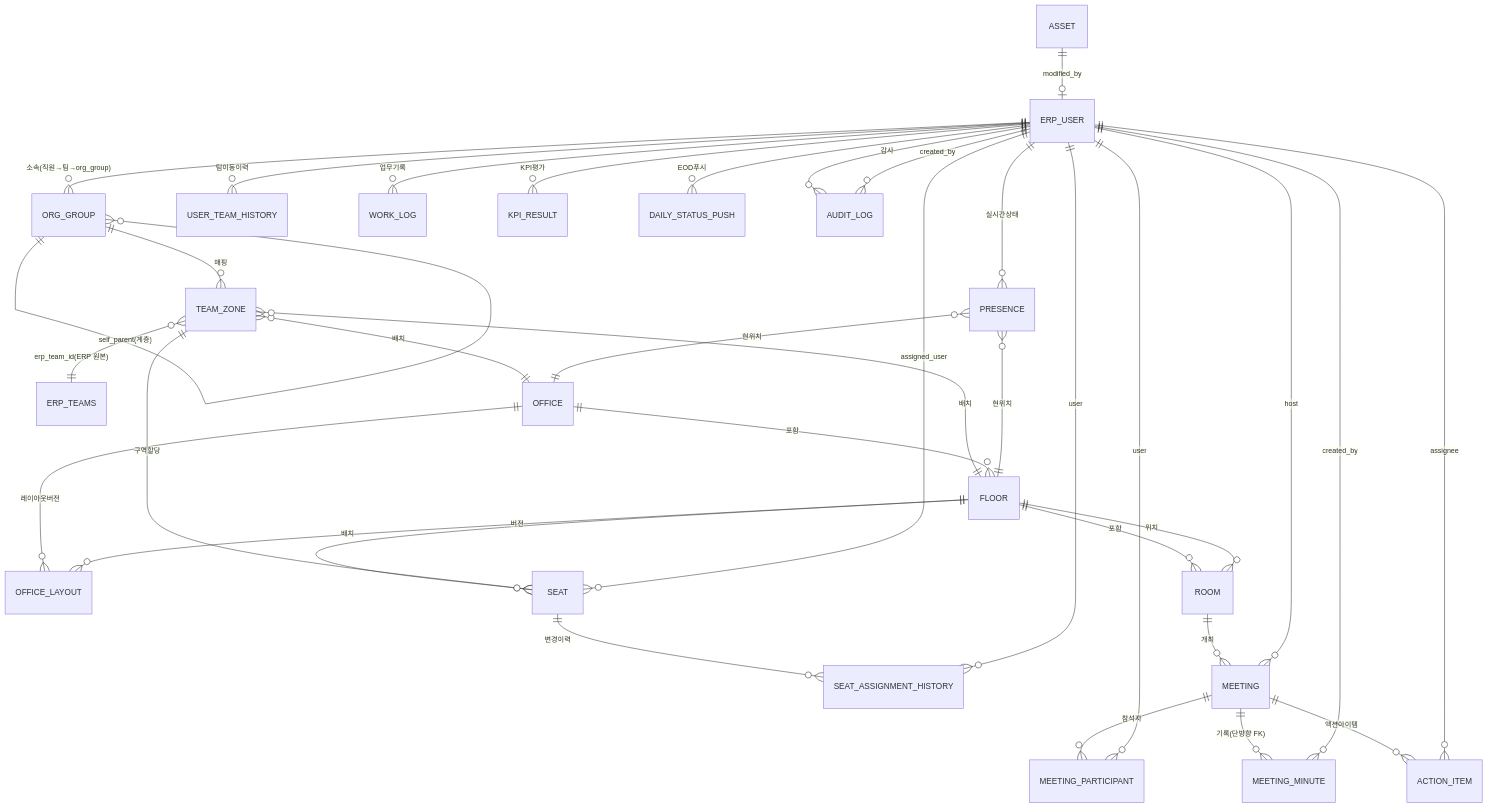
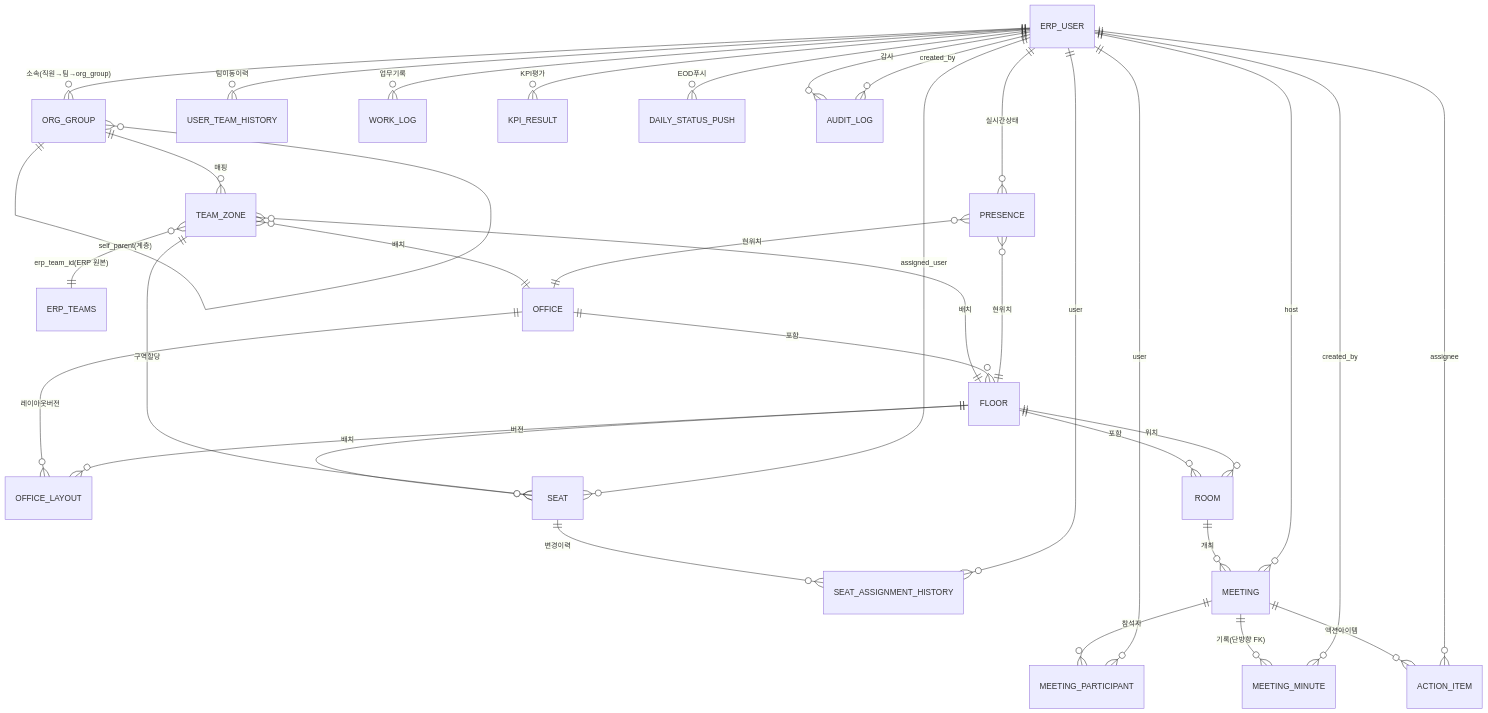
The diagram in docs/planning/04-data-model.md (choiwjun/virtualoffice_new), drawn with Mermaid before and after one commit. The commit also changed other lines of this file and 48 other files, not shown here.

````diff
--- a/docs/planning/04-data-model.md
+++ b/docs/planning/04-data-model.md
@@ -25,37 +25,36 @@
 ```mermaid
 erDiagram
     ERP_USER ||--o{ ORG_GROUP : "소속(직원→팀→org_group)"
     ORG_GROUP ||--o{ ORG_GROUP : "self_parent(계층)"
     ORG_GROUP ||--o{ TEAM_ZONE : "매핑"
     TEAM_ZONE }o--|| ERP_TEAMS : "erp_team_id(ERP 원본)"
     TEAM_ZONE }o--|| OFFICE : "배치"
     TEAM_ZONE }o--|| FLOOR : "배치"
     ERP_USER ||--o{ USER_TEAM_HISTORY : "팀이동이력"
     OFFICE ||--o{ FLOOR : "포함"
     OFFICE ||--o{ OFFICE_LAYOUT : "레이아웃버전"
     FLOOR ||--o{ OFFICE_LAYOUT : "버전"
     FLOOR ||--o{ ROOM : "포함"
     FLOOR ||--o{ SEAT : "배치"
     ROOM }o--|| FLOOR : "위치"
     SEAT }o--|| TEAM_ZONE : "구역할당"
     SEAT }o--|| ERP_USER : "assigned_user"
     SEAT ||--o{ SEAT_ASSIGNMENT_HISTORY : "변경이력"
     SEAT_ASSIGNMENT_HISTORY }o--|| ERP_USER : "user"
     ERP_USER ||--o{ PRESENCE : "실시간상태"
     PRESENCE }o--|| OFFICE : "현위치"
     PRESENCE }o--|| FLOOR : "현위치"
     ROOM ||--o{ MEETING : "개최"
     ERP_USER ||--o{ MEETING : "host"
     MEETING ||--o{ MEETING_PARTICIPANT : "참석자"
     MEETING_PARTICIPANT }o--|| ERP_USER : "user"
     MEETING ||--o{ MEETING_MINUTE : "기록(단방향 FK)"
     MEETING_MINUTE }o--|| ERP_USER : "created_by"
     MEETING ||--o{ ACTION_ITEM : "액션아이템"
     ACTION_ITEM }o--|| ERP_USER : "assignee"
     ERP_USER ||--o{ WORK_LOG : "업무기록"
     ERP_USER ||--o{ KPI_RESULT : "KPI평가"
     ERP_USER ||--o{ DAILY_STATUS_PUSH : "EOD푸시"
     ERP_USER ||--o{ AUDIT_LOG : "감사"
     AUDIT_LOG }o--|| ERP_USER : "created_by"
-    ASSET ||--o| ERP_USER : "modified_by"
 ```
````
